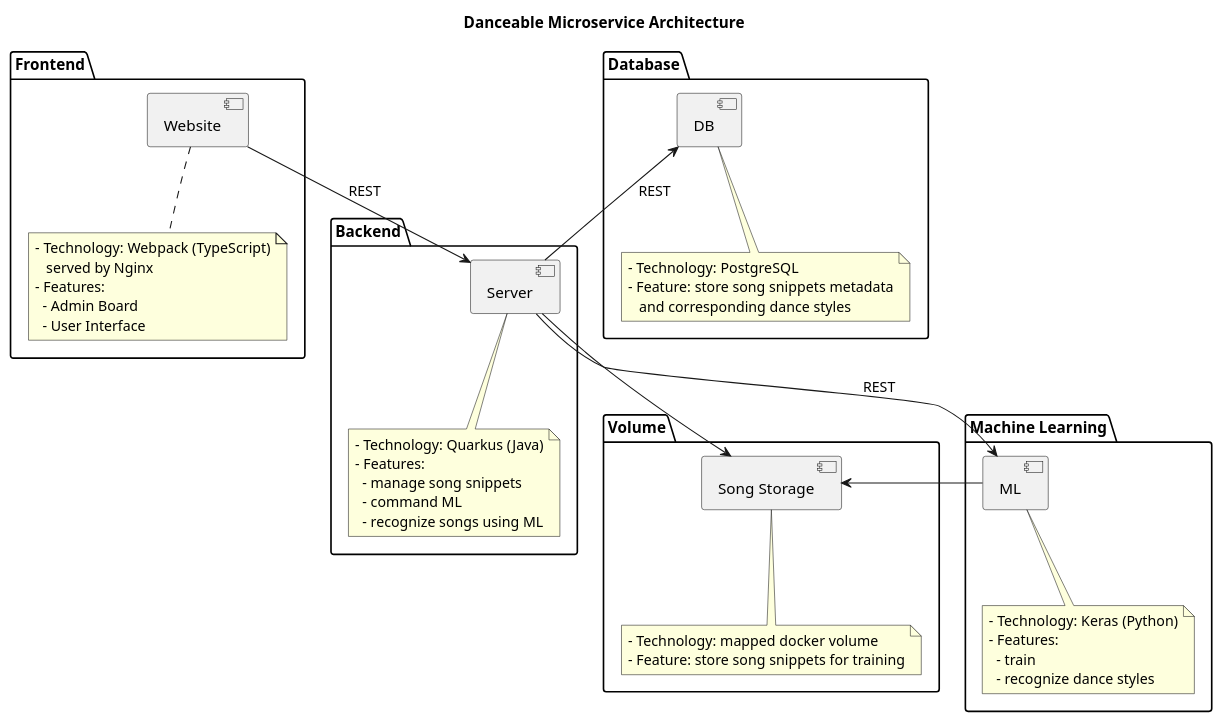
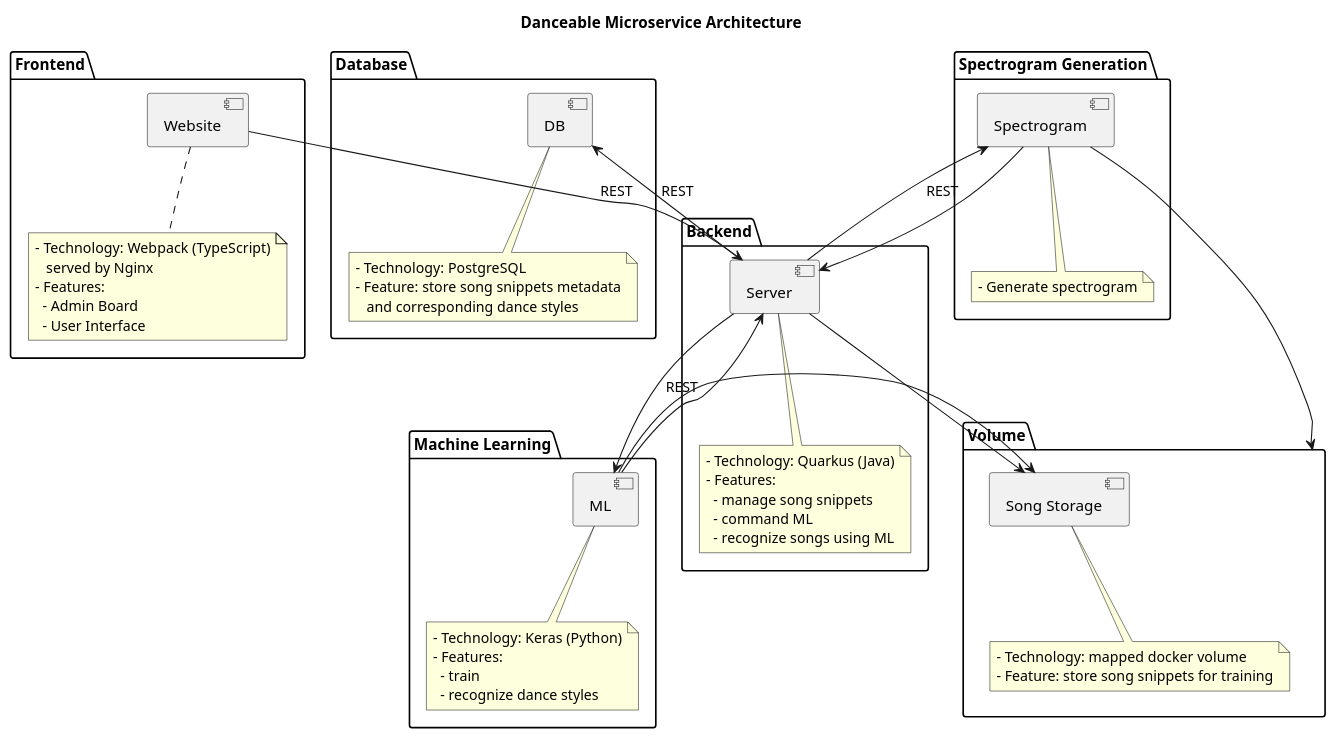
Before and after one commit to 2425-4bhitm-itp/danceable: the diagram in documentation/microservice_architecture.puml, drawn with PlantUML.

Commit message:
MOD[documentation]: added c++ spectrogram container to architecture puml

```diff
--- a/documentation/microservice_architecture.puml
+++ b/documentation/microservice_architecture.puml
@@ -1,58 +1,70 @@
 @startuml
 title Danceable Microservice Architecture
 
 package "Frontend" {
   [Website]
   note bottom of [Website]
       - Technology: Webpack (TypeScript)
          served by Nginx
       - Features:
         - Admin Board
         - User Interface
     end note
 }
 
 package "Backend" {
   [Server]
   note bottom of [Server]
       - Technology: Quarkus (Java)
       - Features:
         - manage song snippets
         - command ML
         - recognize songs using ML
     end note
 }
 
 package "Database" {
   [DB]
   note bottom of [DB]
       - Technology: PostgreSQL
       - Feature: store song snippets metadata
          and corresponding dance styles
     end note
 }
 
 package "Volume" {
   [Song Storage]
   note bottom of [Song Storage]
       - Technology: mapped docker volume
       - Feature: store song snippets for training
     end note
 }
 
 package "Machine Learning" {
   [ML]
   note bottom of [ML]
       - Technology: Keras (Python)
       - Features:
         - train
         - recognize dance styles
     end note
 }
 
+package "Spectrogram Generation" {
+  [Spectrogram]
+  note bottom of [Spectrogram]
+      - Generate spectrogram
+    end note
+}
+
 [Website] --> [Server] : REST
 [Server] -up-> [DB] : REST
 [Server] --> [ML] : REST
 [Server] --> [Song Storage]
-[ML] -left-> [Song Storage]
+[ML] -right-> [Song Storage]
+[ML] --> [Server]
+
+[Server] -up-> [Spectrogram] : REST
+[Spectrogram] --> [Volume]
+[Spectrogram] --> [Server]
 @enduml
```
